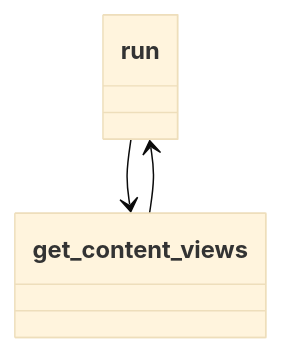
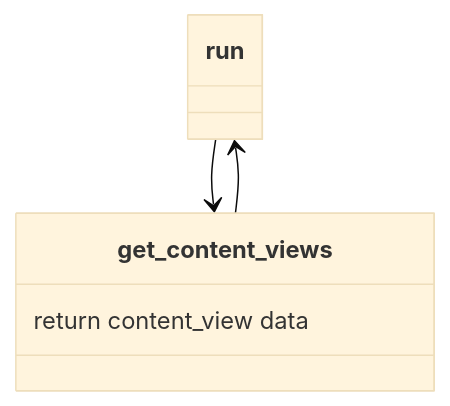
One commit to ambrisolla/katello-publish-content-view changed the diagram in README.md. Above: the diagram before and after it, drawn with Mermaid (base theme).

Commit message:
add script

````diff
--- a/README.md
+++ b/README.md
@@ -51,6 +51,7 @@
 ```mermaid
 classDiagram
 run --> get_content_views
 get_content_views --> run
+get_content_views: return content_view data
 
 ```
````
